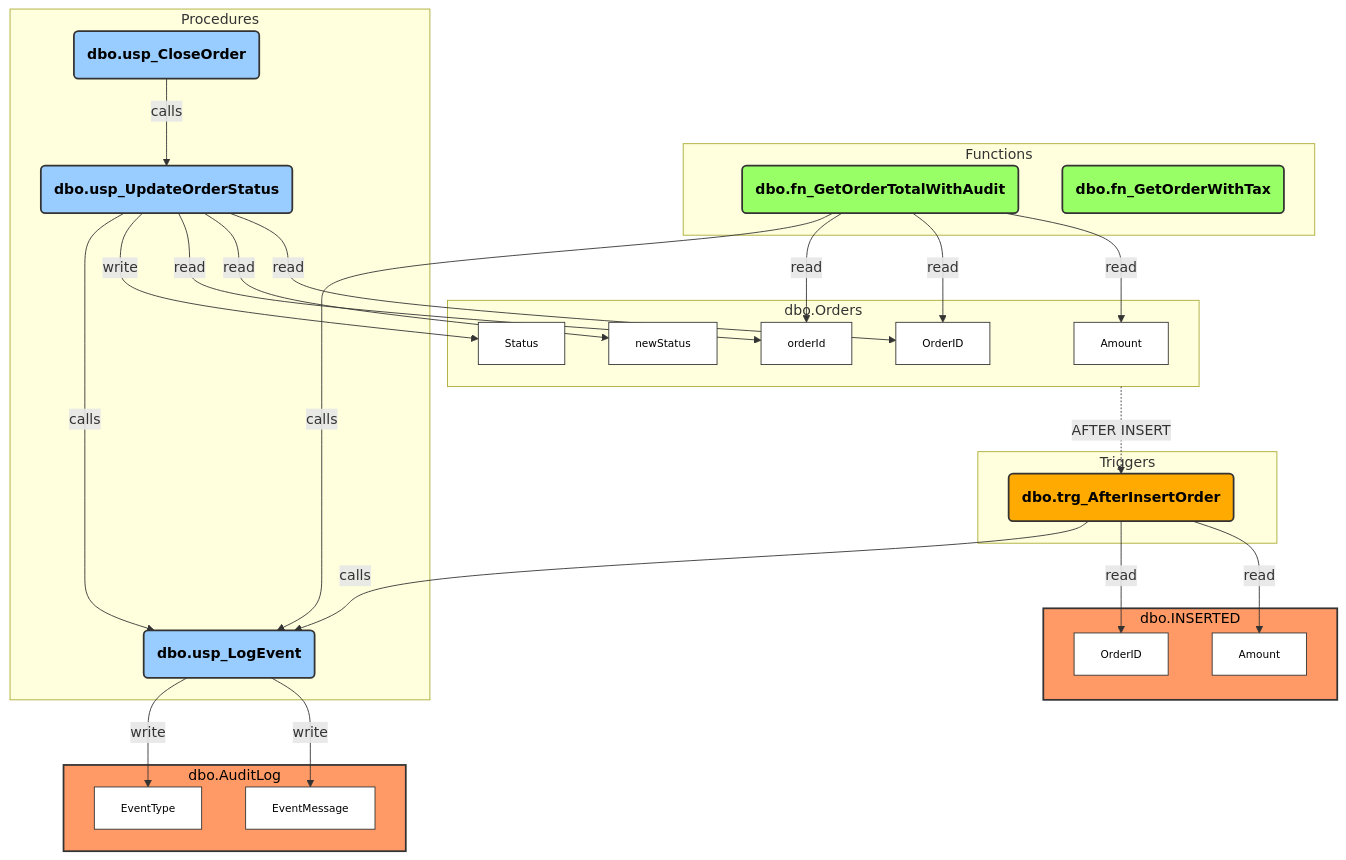
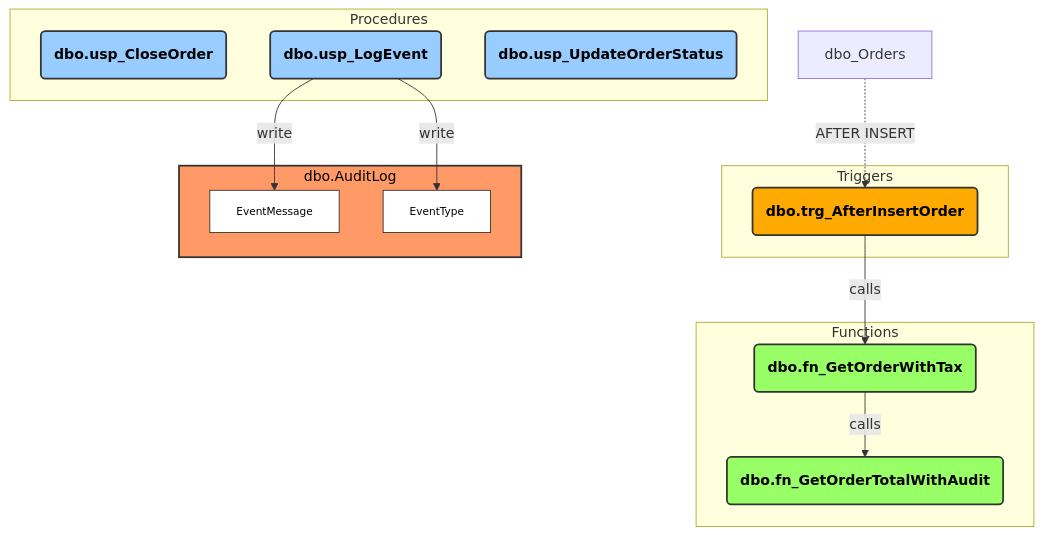
Before and after one commit to 25Jayesh10/Data_Lineage_Analyser_and_Document_Generator: the diagram in output/diagrams/lineage_diagram2.mmd, drawn with Mermaid. The commit also changed 15 other files, not shown here.

```diff
--- a/output/diagrams/lineage_diagram2.mmd
+++ b/output/diagrams/lineage_diagram2.mmd
@@ -1,88 +1,55 @@
 graph TD
 
     %% --- Styles --- %%
     classDef table fill:#f96,stroke:#333,stroke-width:2px,color:#000;
     classDef function fill:#9f6,stroke:#333,stroke-width:2px,color:#000,font-weight:bold;
     classDef trigger fill:#fa0,stroke:#333,stroke-width:2px,color:#000,font-weight:bold;
     classDef procedure fill:#9cf,stroke:#333,stroke-width:2px,color:#000,font-weight:bold;
     classDef column fill:#fff,stroke:#333,stroke-width:1px,color:#000,font-size:12px;
 
 
     %% --- Visual Hierarchy --- %%
     subgraph Functions
         dbo_fn_GetOrderTotalWithAudit
         dbo_fn_GetOrderWithTax
     end
 
     subgraph Triggers
         dbo_trg_AfterInsertOrder
     end
 
     subgraph Procedures
         dbo_usp_CloseOrder
         dbo_usp_LogEvent
         dbo_usp_UpdateOrderStatus
     end
 
 
     %% --- Node Definitions --- %%
 
-    subgraph dbo_AuditLog["dbo.AuditLog"]
+    subgraph sg_dbo_AuditLog["dbo.AuditLog"]
         dbo_AuditLog_EventMessage["EventMessage"];
         class dbo_AuditLog_EventMessage column;
         dbo_AuditLog_EventType["EventType"];
         class dbo_AuditLog_EventType column;
     end
-    class dbo_AuditLog table;
-
-    subgraph dbo_INSERTED["dbo.INSERTED"]
-        dbo_INSERTED_Amount["Amount"];
-        class dbo_INSERTED_Amount column;
-        dbo_INSERTED_OrderID["OrderID"];
-        class dbo_INSERTED_OrderID column;
-    end
-    class dbo_INSERTED table;
-
-    subgraph dbo_Orders["dbo.Orders"]
-        dbo_Orders_Amount["Amount"];
-        class dbo_Orders_Amount column;
-        dbo_Orders_OrderID["OrderID"];
-        class dbo_Orders_OrderID column;
-        dbo_Orders_Status["Status"];
-        class dbo_Orders_Status column;
-        dbo_Orders_newStatus["newStatus"];
-        class dbo_Orders_newStatus column;
-        dbo_Orders_orderId["orderId"];
-        class dbo_Orders_orderId column;
-    end
-    class dbo_Orders table;
+    class sg_dbo_AuditLog table;
     dbo_fn_GetOrderTotalWithAudit("dbo.fn_GetOrderTotalWithAudit");
     class dbo_fn_GetOrderTotalWithAudit function;
     dbo_fn_GetOrderWithTax("dbo.fn_GetOrderWithTax");
     class dbo_fn_GetOrderWithTax function;
     dbo_trg_AfterInsertOrder("dbo.trg_AfterInsertOrder");
     class dbo_trg_AfterInsertOrder trigger;
     dbo_usp_CloseOrder("dbo.usp_CloseOrder");
     class dbo_usp_CloseOrder procedure;
     dbo_usp_LogEvent("dbo.usp_LogEvent");
     class dbo_usp_LogEvent procedure;
     dbo_usp_UpdateOrderStatus("dbo.usp_UpdateOrderStatus");
     class dbo_usp_UpdateOrderStatus procedure;
 
     %% --- Relationships --- %%
     dbo_Orders -.->|AFTER INSERT| dbo_trg_AfterInsertOrder;
-    dbo_fn_GetOrderTotalWithAudit -- "read" --> dbo_Orders_Amount;
-    dbo_fn_GetOrderTotalWithAudit -- "read" --> dbo_Orders_OrderID;
-    dbo_fn_GetOrderTotalWithAudit -- "read" --> dbo_Orders_orderId;
-    dbo_fn_GetOrderTotalWithAudit -->|calls| dbo_usp_LogEvent;
-    dbo_trg_AfterInsertOrder -- "read" --> dbo_INSERTED_Amount;
-    dbo_trg_AfterInsertOrder -- "read" --> dbo_INSERTED_OrderID;
-    dbo_trg_AfterInsertOrder -->|calls| dbo_usp_LogEvent;
-    dbo_usp_CloseOrder -->|calls| dbo_usp_UpdateOrderStatus;
+    dbo_fn_GetOrderWithTax -->|calls| dbo_fn_GetOrderTotalWithAudit;
+    dbo_trg_AfterInsertOrder -->|calls| dbo_fn_GetOrderWithTax;
     dbo_usp_LogEvent -- "write" --> dbo_AuditLog_EventMessage;
     dbo_usp_LogEvent -- "write" --> dbo_AuditLog_EventType;
-    dbo_usp_UpdateOrderStatus -- "read" --> dbo_Orders_OrderID;
-    dbo_usp_UpdateOrderStatus -- "read" --> dbo_Orders_newStatus;
-    dbo_usp_UpdateOrderStatus -- "read" --> dbo_Orders_orderId;
-    dbo_usp_UpdateOrderStatus -- "write" --> dbo_Orders_Status;
-    dbo_usp_UpdateOrderStatus -->|calls| dbo_usp_LogEvent;
```
